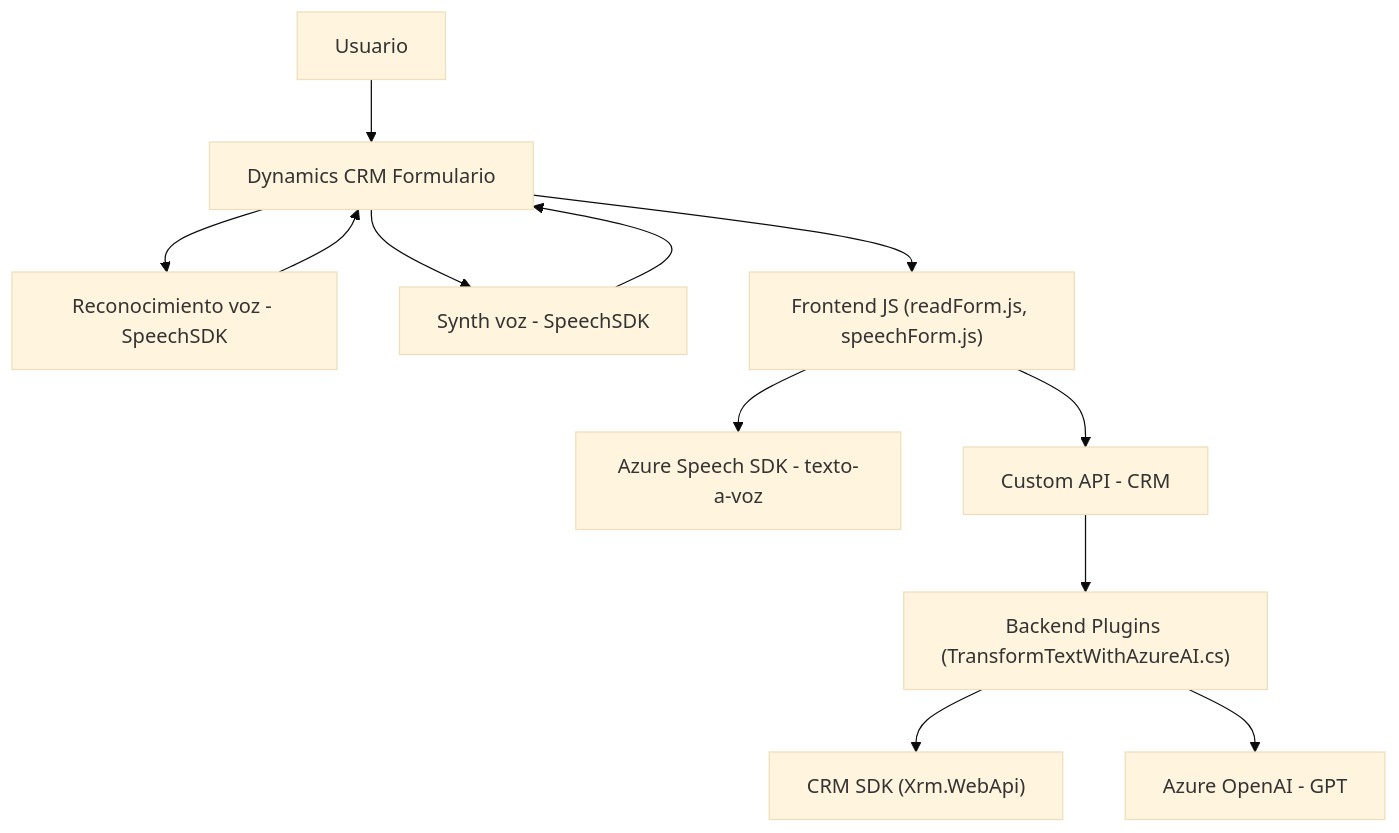
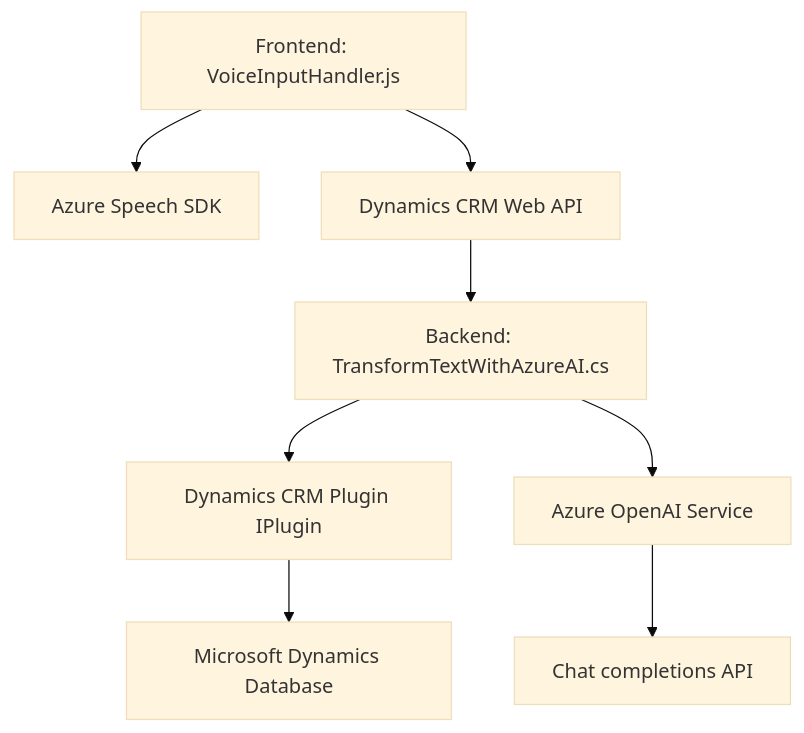
Before and after one commit to blopezdm/NETCORE_BILBAO2025: the diagram in README.md, drawn with Mermaid (base theme). The commit also changed other lines of this file, not shown here.

````diff
--- a/README.md
+++ b/README.md
@@ -45,14 +28,10 @@
 ```mermaid
 graph TD
-    A["Usuario"] --> B["Dynamics CRM Formulario"]
-    B --> C["Reconocimiento voz - SpeechSDK"]
-    B --> D["Synth voz - SpeechSDK"]
-    C --> B
-    D --> B
-    B --> E["Frontend JS (readForm.js, speechForm.js)"]
-    E --> F["Azure Speech SDK - texto-a-voz"]
-    E --> G["Custom API - CRM"]
-    G --> H["Backend Plugins (TransformTextWithAzureAI.cs)"]
-    H --> I["CRM SDK (Xrm.WebApi)"]
-    H --> J["Azure OpenAI - GPT"]
+  A["Frontend: VoiceInputHandler.js"] --> B["Azure Speech SDK"]
+  A --> C["Dynamics CRM Web API"]
+  C --> D["Backend: TransformTextWithAzureAI.cs"]
+  D --> E["Dynamics CRM Plugin IPlugin"]
+  D --> F["Azure OpenAI Service"]
+  F --> G["Chat completions API"]
+  E --> H["Microsoft Dynamics Database"]
 ```
````
